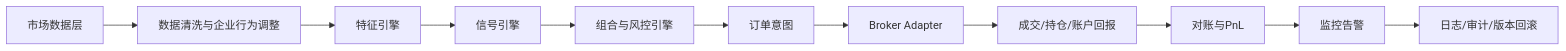
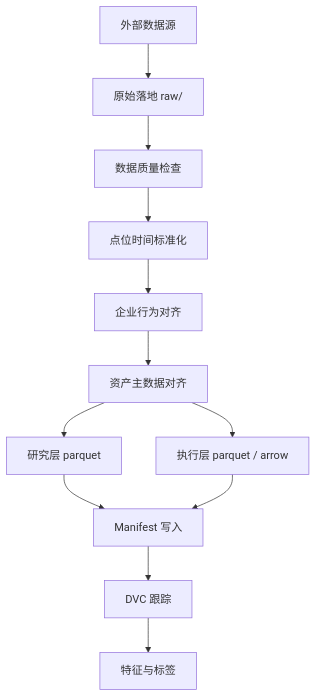
One commit to ypeng12/Quant.ai changed the second of 2 diagrams in deep-research-report.md. Above: the diagram before and after it, drawn with Mermaid. The commit also changed other lines of this file and 48 other files, not shown here.

````diff
--- a/deep-research-report.md
+++ b/deep-research-report.md
@@ -450,13 +158,14 @@
 ```mermaid
-flowchart LR
-    A[市场数据层] --> B[数据清洗与企业行为调整]
-    B --> C[特征引擎]
-    C --> D[信号引擎]
-    D --> E[组合与风控引擎]
-    E --> F[订单意图]
-    F --> G[Broker Adapter]
-    G --> H[成交/持仓/账户回报]
-    H --> I[对账与PnL]
-    I --> J[监控告警]
-    J --> K[日志/审计/版本回滚]
+flowchart TD
+    A[外部数据源] --> B[原始落地 raw/]
+    B --> C[数据质量检查]
+    C --> D[点位时间标准化]
+    D --> E[企业行为对齐]
+    E --> F[资产主数据对齐]
+    F --> G[研究层 parquet]
+    F --> H[执行层 parquet / arrow]
+    G --> I[Manifest 写入]
+    H --> I
+    I --> J[DVC 跟踪]
+    J --> K[特征与标签]
 ```
````
